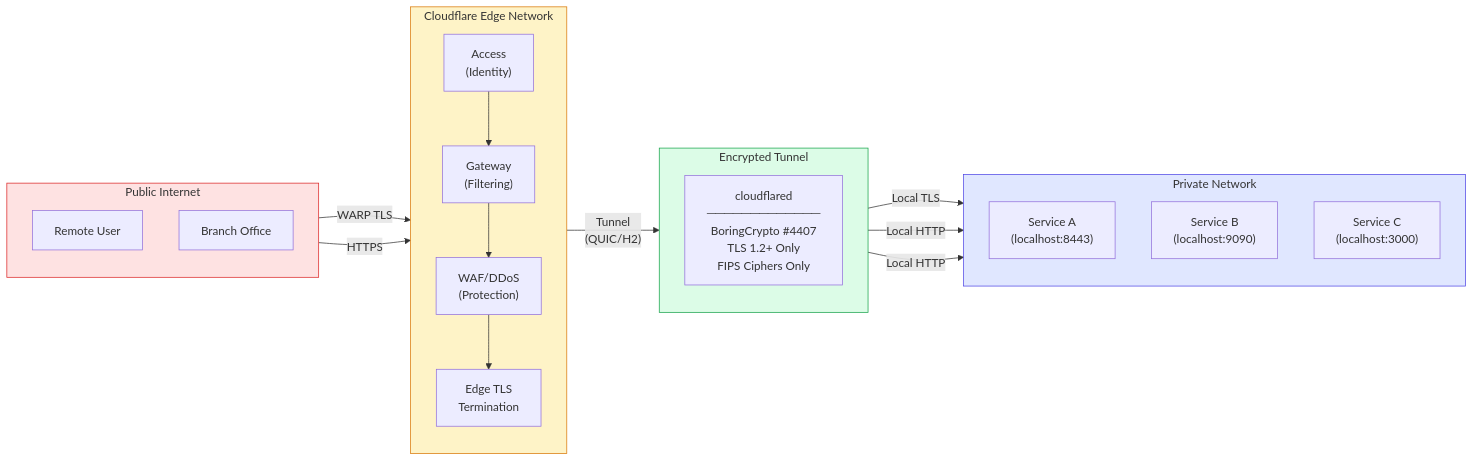
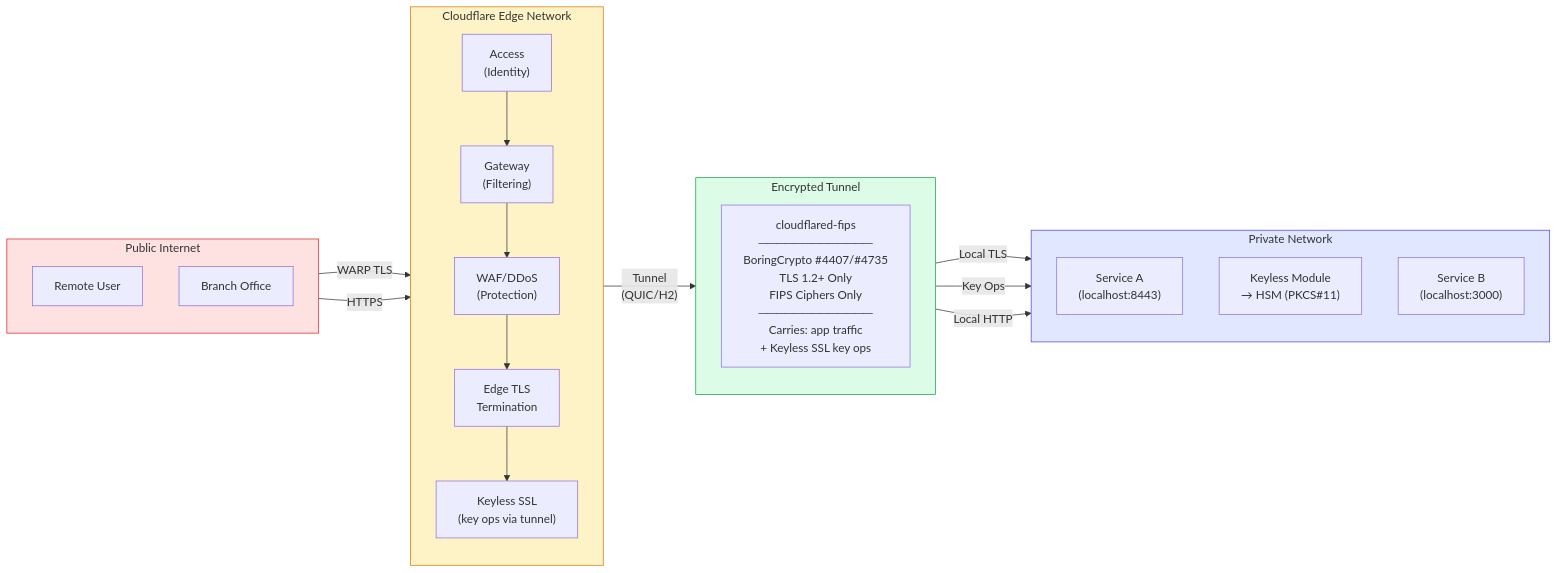
The eighth of 10 diagrams in docs/architecture-diagram.md (JongoDB/cloudflared-fips), drawn with Mermaid before and after one commit. The commit also changed other lines of this file and 12 other files, not shown here.

````diff
--- a/docs/architecture-diagram.md
+++ b/docs/architecture-diagram.md
@@ -98,41 +317,43 @@
 ```mermaid
 flowchart LR
     subgraph Internet["Public Internet"]
         direction TB
         U1[Remote User]
         U2[Branch Office]
     end
 
     subgraph CFEdge["Cloudflare Edge Network"]
         direction TB
         CF1["Access\n(Identity)"]
         CF2["Gateway\n(Filtering)"]
         CF3["WAF/DDoS\n(Protection)"]
         CF4["Edge TLS\nTermination"]
+        CF5["Keyless SSL\n(key ops via tunnel)"]
     end
 
     subgraph Tunnel["Encrypted Tunnel"]
         direction TB
-        T1["cloudflared\n─────────────\nBoringCrypto #4407\nTLS 1.2+ Only\nFIPS Ciphers Only"]
+        T1["cloudflared-fips\n─────────────\nBoringCrypto #4407/#4735\nTLS 1.2+ Only\nFIPS Ciphers Only\n─────────────\nCarries: app traffic\n+ Keyless SSL key ops"]
     end
 
     subgraph PrivateNet["Private Network"]
         direction TB
         S1["Service A\n(localhost:8443)"]
-        S2["Service B\n(localhost:9090)"]
-        S3["Service C\n(localhost:3000)"]
+        S2["Keyless Module\n→ HSM (PKCS#11)"]
+        S3["Service B\n(localhost:3000)"]
     end
 
     U1 -->|"WARP TLS"| CF1
     U2 -->|"HTTPS"| CF1
     CF1 --> CF2 --> CF3 --> CF4
-    CF4 -->|"Tunnel\n(QUIC/H2)"| T1
+    CF4 --> CF5
+    CF5 -->|"Tunnel\n(QUIC/H2)"| T1
     T1 -->|"Local TLS"| S1
-    T1 -->|"Local HTTP"| S2
+    T1 -->|"Key Ops"| S2
     T1 -->|"Local HTTP"| S3
 
     style Internet fill:#fee2e2,stroke:#dc2626
     style CFEdge fill:#fef3c7,stroke:#d97706
     style Tunnel fill:#dcfce7,stroke:#16a34a
     style PrivateNet fill:#e0e7ff,stroke:#4f46e5
 ```
````
